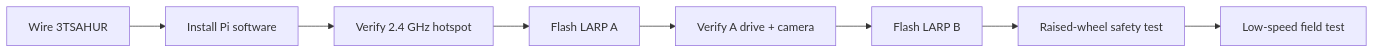
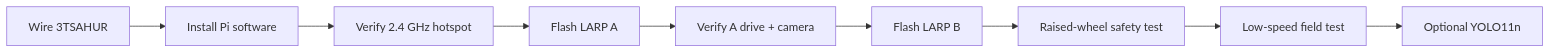
The first of 8 diagrams in README.md (william-thompsonthe1st/STEM-Research-Academy), drawn with Mermaid before and after one commit. The commit also changed other lines of this file, not shown here.

Commit message:
docs: archive research poster and refresh YOLO11n setup

````diff
--- a/README.md
+++ b/README.md
@@ -18,10 +18,11 @@
 ```mermaid
 flowchart LR
     A["Wire 3TSAHUR"] --> B["Install Pi software"]
     B --> C["Verify 2.4 GHz hotspot"]
     C --> D["Flash LARP A"]
     D --> E["Verify A drive + camera"]
     E --> F["Flash LARP B"]
     F --> G["Raised-wheel safety test"]
     G --> H["Low-speed field test"]
+    H --> I["Optional YOLO11n"]
 ```
````
